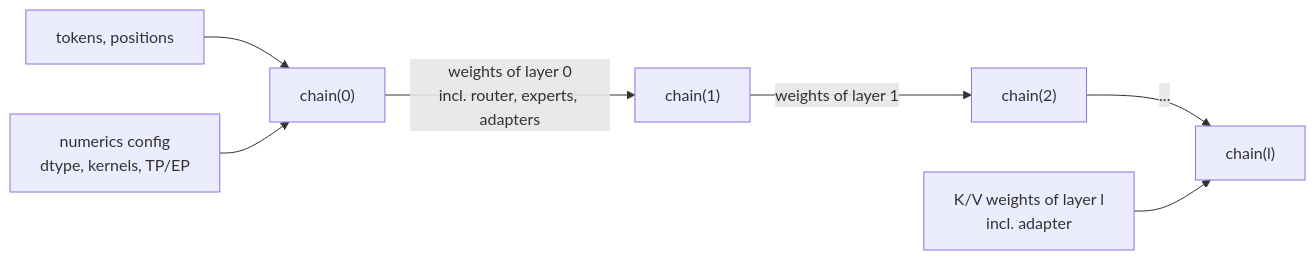
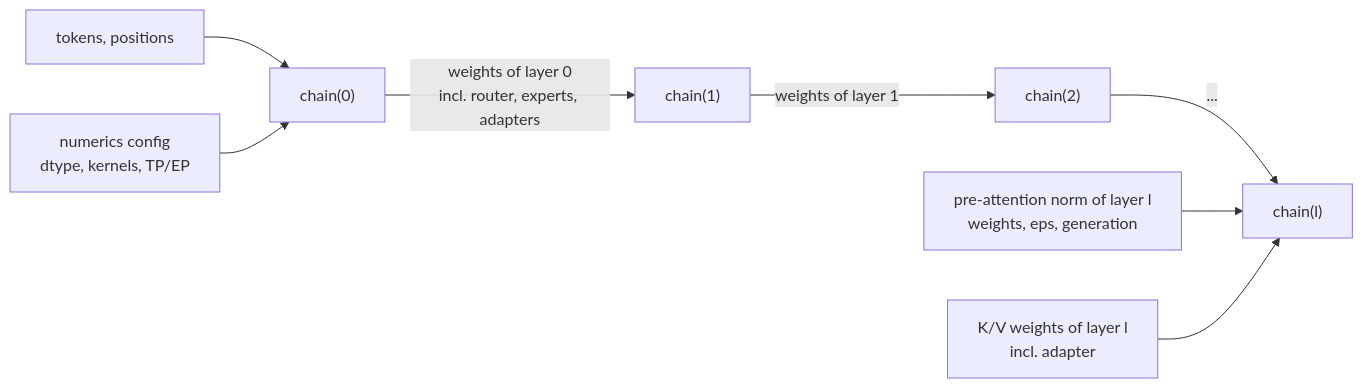
The second of 2 diagrams in docs/architecture/36-kv-reuse.md (xrey167/PTR), drawn with Mermaid before and after one commit. The commit also changed other lines of this file and 2 other files, not shown here.

````diff
--- a/docs/architecture/36-kv-reuse.md
+++ b/docs/architecture/36-kv-reuse.md
@@ -278,9 +314,10 @@
 ```mermaid
 flowchart LR
     T["tokens, positions"] --> K0["chain(0)"]
     K0 -->|"weights of layer 0\nincl. router, experts, adapters"| K1["chain(1)"]
     K1 -->|"weights of layer 1"| K2["chain(2)"]
     K2 -->|"..."| KL["chain(l)"]
     N["numerics config\ndtype, kernels, TP/EP"] --> K0
+    PN["pre-attention norm of layer l\nweights, eps, generation"] --> KL
     KV["K/V weights of layer l\nincl. adapter"] --> KL
 ```
````
